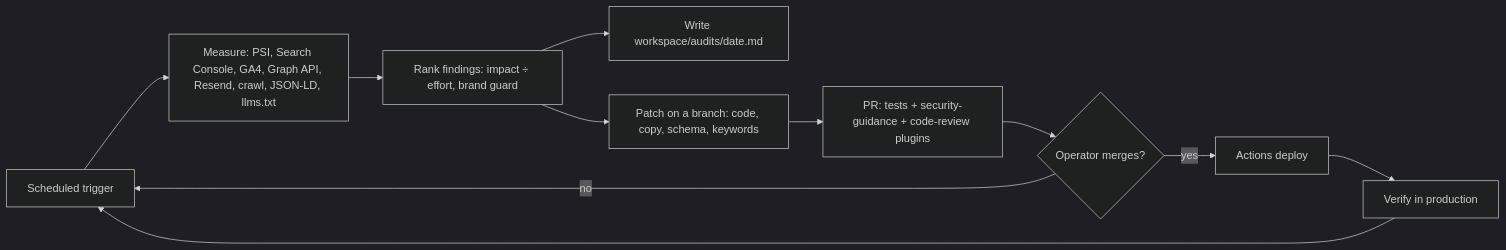
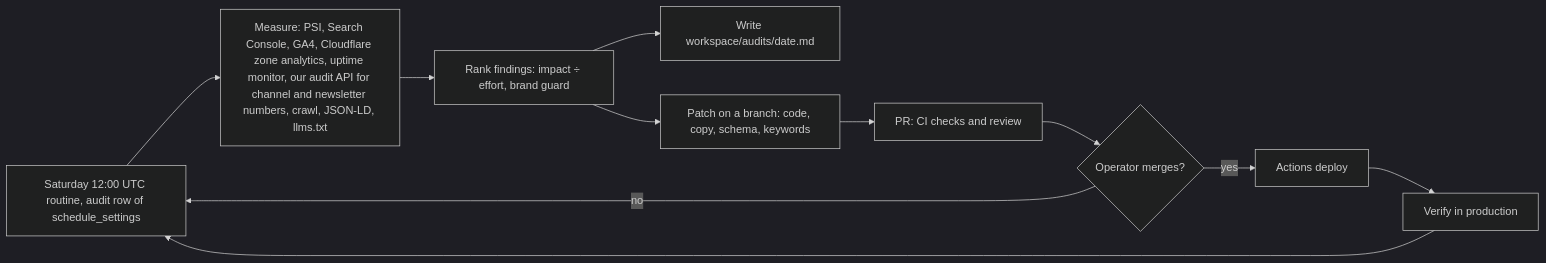
One commit to AbdulrahmanAmer/matter-of-place changed the third of 4 diagrams in workspace/03-diagrams/big-diagram.md. Above: the diagram before and after it, drawn with Mermaid (dark theme). The commit also changed other lines of this file and 104 other files, not shown here.

First line of the commit message:
Traceability audit rounds 5 and 6; diagrams brought in line with the plans; rulings G58 to G65

````diff
--- a/workspace/03-diagrams/big-diagram.md
+++ b/workspace/03-diagrams/big-diagram.md
@@ -140,11 +142,11 @@
 ```mermaid
 flowchart LR
-  t[Scheduled trigger] --> m[Measure: PSI, Search Console, GA4, Graph API, Resend, crawl, JSON-LD, llms.txt]
+  t[Saturday 12:00 UTC routine, audit row of schedule_settings] --> m[Measure: PSI, Search Console, GA4, Cloudflare zone analytics, uptime monitor, our audit API for channel and newsletter numbers, crawl, JSON-LD, llms.txt]
   m --> r[Rank findings: impact ÷ effort, brand guard]
   r --> w[Write workspace/audits/date.md]
   r --> p[Patch on a branch: code, copy, schema, keywords]
-  p --> pr[PR: tests + security-guidance + code-review plugins]
+  p --> pr[PR: CI checks and review]
   pr --> h{Operator merges?}
   h -->|yes| d[Actions deploy] --> v[Verify in production] --> t
   h -->|no| t
 ```
````
